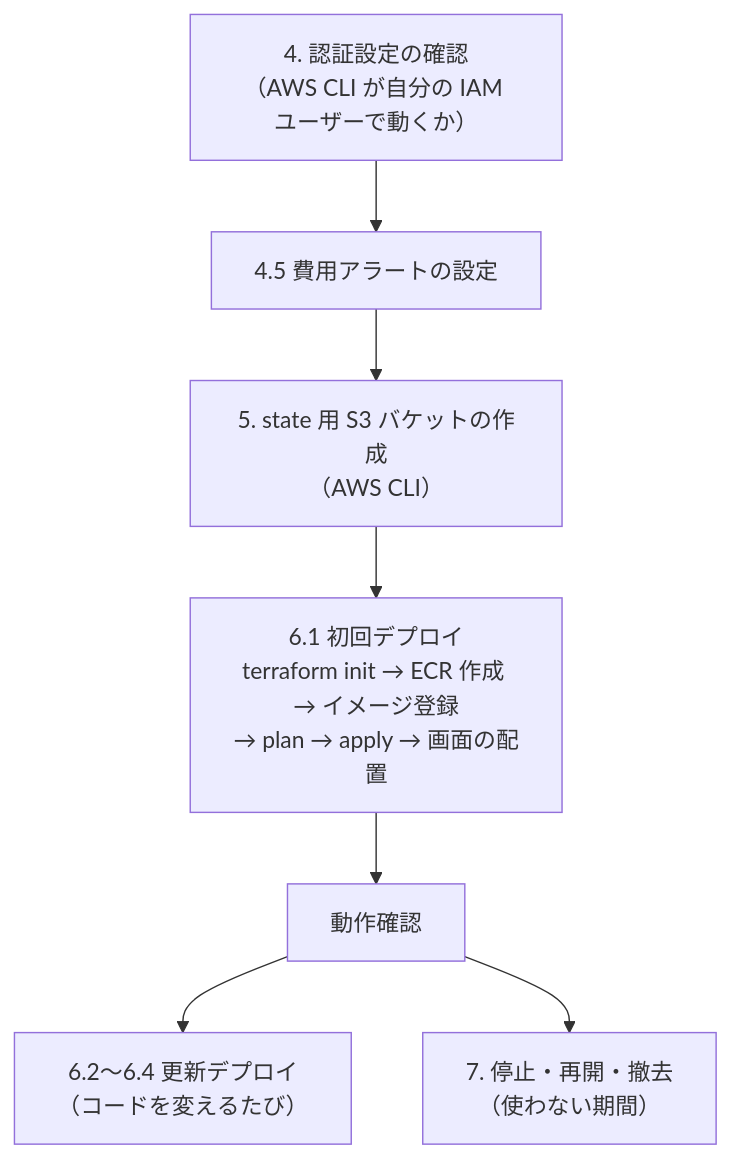
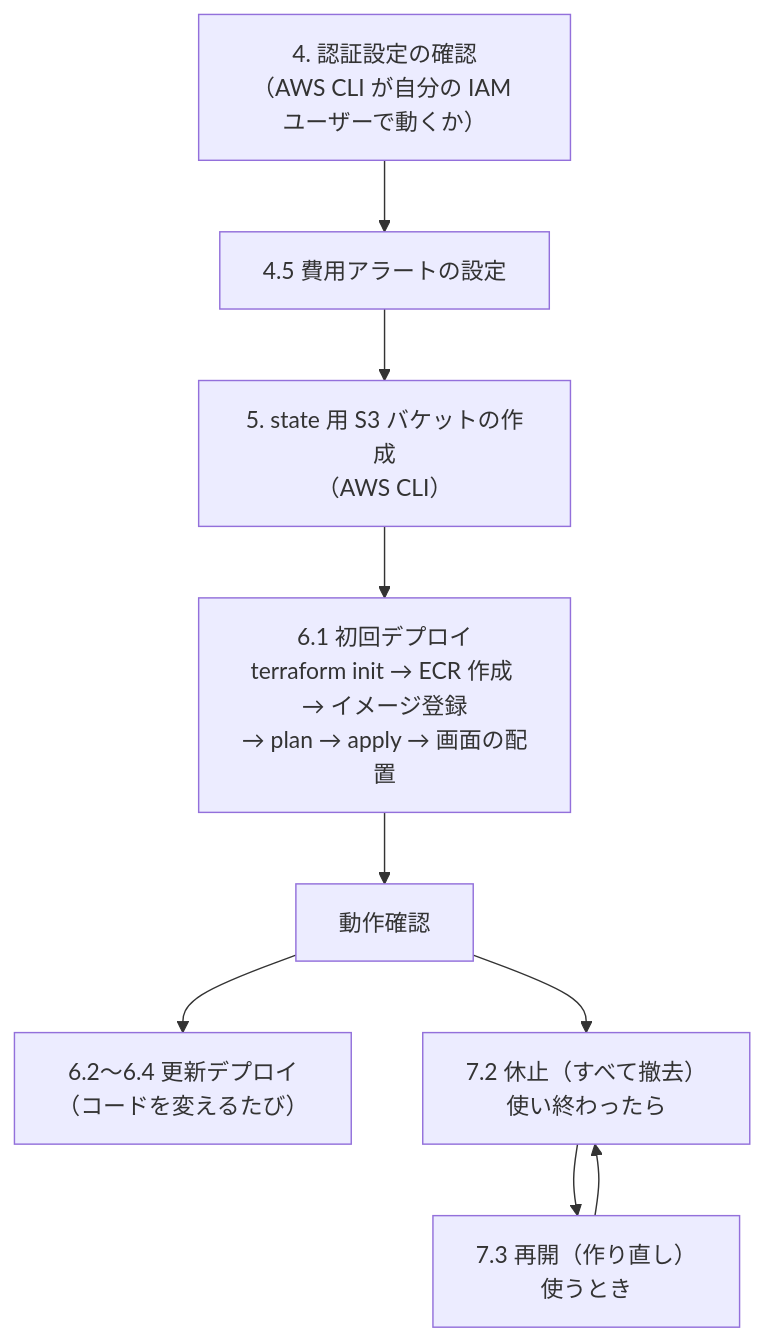
The diagram in docs/aws-deployment-guide.md (KeiT0773/TASKMANAGEMENT), drawn with Mermaid before and after one commit. The commit also changed other lines of this file and 1 other file, not shown here.

````diff
--- a/docs/aws-deployment-guide.md
+++ b/docs/aws-deployment-guide.md
@@ -216,9 +217,11 @@
 ```mermaid
 flowchart TD
     A["4. 認証設定の確認<br/>（AWS CLI が自分の IAM ユーザーで動くか）"] --> B["4.5 費用アラートの設定"]
     B --> C["5. state 用 S3 バケットの作成<br/>（AWS CLI）"]
     C --> D["6.1 初回デプロイ<br/>terraform init → ECR 作成 → イメージ登録<br/>→ plan → apply → 画面の配置"]
     D --> E["動作確認"]
     E --> F["6.2〜6.4 更新デプロイ<br/>（コードを変えるたび）"]
-    E --> G["7. 停止・再開・撤去<br/>（使わない期間）"]
+    E --> G["7.2 休止（すべて撤去）<br/>使い終わったら"]
+    G --> H["7.3 再開（作り直し）<br/>使うとき"]
+    H --> G
 ```
````
